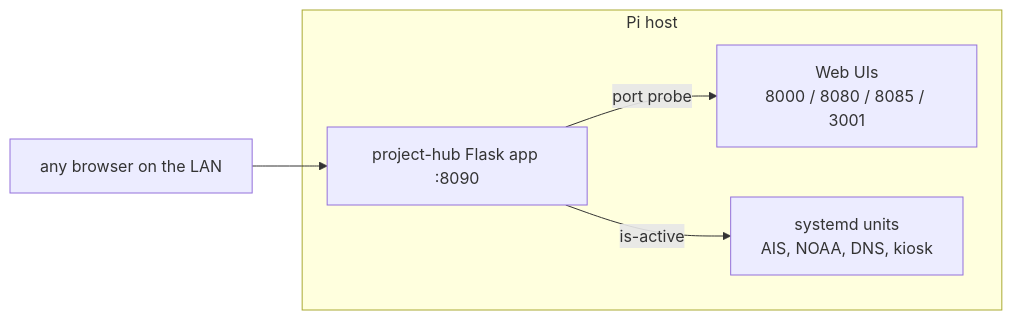
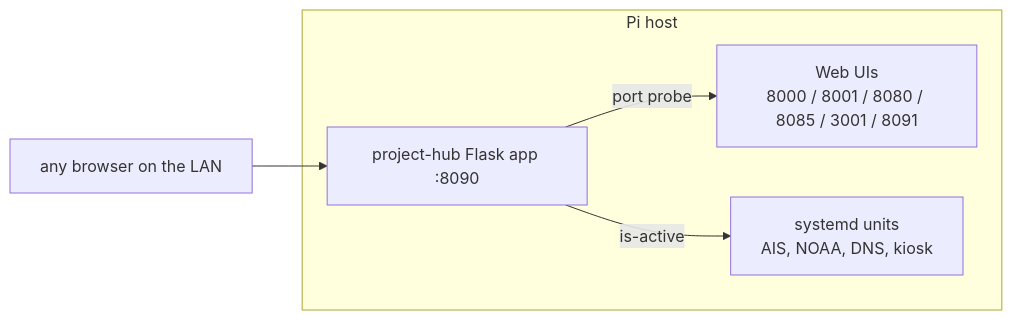
The first of 2 diagrams in README.md (pkia/project-hub), drawn with Mermaid before and after one commit. The commit also changed 1 other file, not shown here.

Commit message:
Add Kiosk Home card (port 8091) - the chooser the kiosk boots into

````diff
--- a/README.md
+++ b/README.md
@@ -23,9 +23,9 @@
 ```mermaid
 flowchart LR
     subgraph dunbot[Pi host]
         APP[project-hub Flask app :8090]
-        APP -->|port probe| PORTS[Web UIs<br/>8000 / 8080 / 8085 / 3001]
+        APP -->|port probe| PORTS[Web UIs<br/>8000 / 8001 / 8080 / 8085 / 3001 / 8091]
         APP -->|is-active| SYSTEMD[systemd units<br/>AIS, NOAA, DNS, kiosk]
     end
     BROWSER[any browser on the LAN] --> APP
 ```
````
